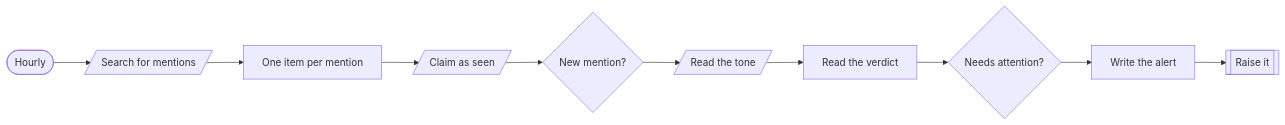
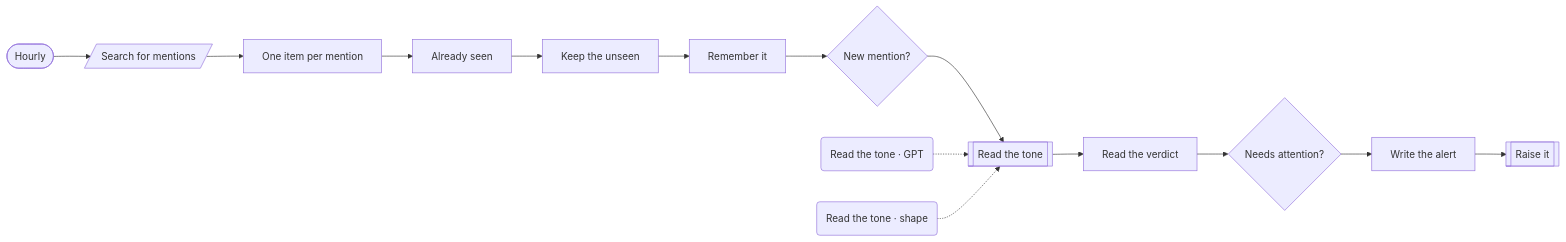
The fourth of 4 diagrams in workflows/content/README.md (kimjoshuadr/n8n-workflows), drawn with Mermaid before and after one commit. The commit also changed other lines of this file and 184 other files, not shown here.

Commit message:
Finish the move to named platforms: blocks, BambooHR, generated README, schema and platform marks

````diff
--- a/workflows/content/README.md
+++ b/workflows/content/README.md
@@ -153,22 +151,30 @@
 ```mermaid
 flowchart LR
   n1vk30ig(["Hourly"])
   n1dynvht[/"Search for mentions"/]
   nvoe1yz["One item per mention"]
-  nroz94u[/"Claim as seen"/]
+  nt0lp7u["Already seen"]
+  nnurvb["Keep the unseen"]
+  n1675dzr["Remember it"]
   n13knbuk{"New mention?"}
-  ng2ej44[/"Read the tone"/]
+  ng2ej44[["Read the tone"]]
+  nld6z7q("Read the tone · GPT")
+  n5ycsgs("Read the tone · shape")
   n1riexmv["Read the verdict"]
   ncon8ff{"Needs attention?"}
   nq77zl1["Write the alert"]
   n6wxc06[["Raise it"]]
   n1vk30ig --> n1dynvht
   n1dynvht --> nvoe1yz
-  nvoe1yz --> nroz94u
-  nroz94u --> n13knbuk
+  nvoe1yz --> nt0lp7u
+  nt0lp7u --> nnurvb
+  nnurvb --> n1675dzr
+  n1675dzr --> n13knbuk
   n13knbuk --> ng2ej44
   ng2ej44 --> n1riexmv
   n1riexmv --> ncon8ff
   ncon8ff --> nq77zl1
   nq77zl1 --> n6wxc06
+  nld6z7q -.-> ng2ej44
+  n5ycsgs -.-> ng2ej44
 ```
````
